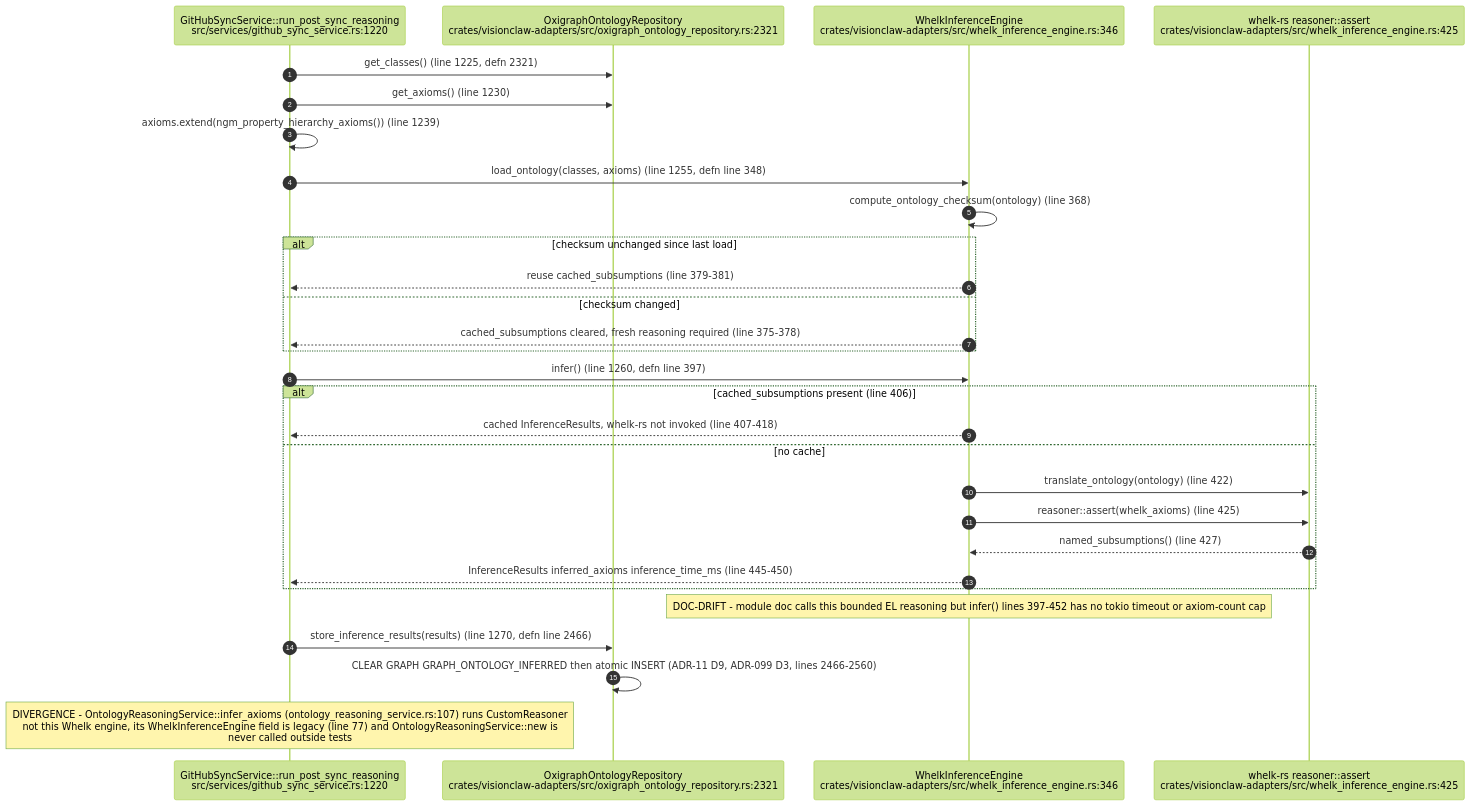
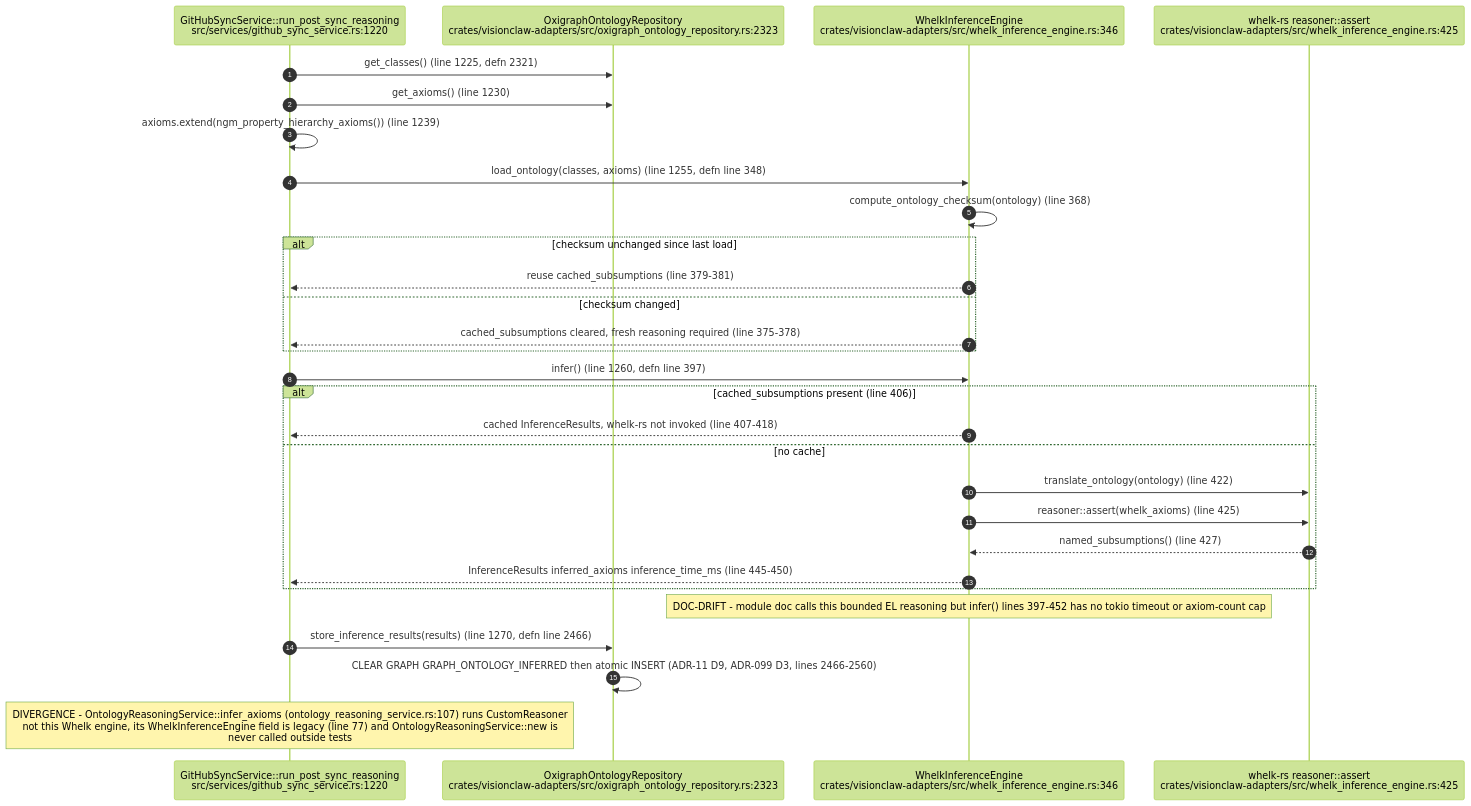
One commit to DreamLab-AI/AR-AI-Knowledge-Graph changed the third of 12 diagrams in docs/diagrams/visionclaw/20-ontology-pipeline-oxigraph-whelk.md. Above: the diagram before and after it, drawn with Mermaid (forest theme). The commit also changed other lines of this file and 73 other files, not shown here.

First line of the commit message:
docs(diagrams): re-verify all 71 topic files against HEAD; add --cite-check

````diff
--- a/docs/diagrams/visionclaw/20-ontology-pipeline-oxigraph-whelk.md
+++ b/docs/diagrams/visionclaw/20-ontology-pipeline-oxigraph-whelk.md
@@ -109,32 +109,32 @@
 ```mermaid
 sequenceDiagram
     autonumber
     participant Sync as GitHubSyncService::run_post_sync_reasoning<br/>src/services/github_sync_service.rs:1220
-    participant Repo as OxigraphOntologyRepository<br/>crates/visionclaw-adapters/src/oxigraph_ontology_repository.rs:2321
+    participant Repo as OxigraphOntologyRepository<br/>crates/visionclaw-adapters/src/oxigraph_ontology_repository.rs:2323
     participant Engine as WhelkInferenceEngine<br/>crates/visionclaw-adapters/src/whelk_inference_engine.rs:346
     participant Whelk as whelk-rs reasoner::assert<br/>crates/visionclaw-adapters/src/whelk_inference_engine.rs:425
 
     Sync->>Repo: get_classes() (line 1225, defn 2321)
     Sync->>Repo: get_axioms() (line 1230)
     Sync->>Sync: axioms.extend(ngm_property_hierarchy_axioms()) (line 1239)
     Sync->>Engine: load_ontology(classes, axioms) (line 1255, defn line 348)
     Engine->>Engine: compute_ontology_checksum(ontology) (line 368)
     alt checksum unchanged since last load
         Engine-->>Sync: reuse cached_subsumptions (line 379-381)
     else checksum changed
         Engine-->>Sync: cached_subsumptions cleared, fresh reasoning required (line 375-378)
     end
     Sync->>Engine: infer() (line 1260, defn line 397)
     alt cached_subsumptions present (line 406)
         Engine-->>Sync: cached InferenceResults, whelk-rs not invoked (line 407-418)
     else no cache
         Engine->>Whelk: translate_ontology(ontology) (line 422)
         Engine->>Whelk: reasoner::assert(whelk_axioms) (line 425)
         Whelk-->>Engine: named_subsumptions() (line 427)
         Engine-->>Sync: InferenceResults inferred_axioms inference_time_ms (line 445-450)
     end
     Note over Engine: DOC-DRIFT - module doc calls this bounded EL reasoning but infer() lines 397-452 has no tokio timeout or axiom-count cap
     Sync->>Repo: store_inference_results(results) (line 1270, defn line 2466)
     Repo->>Repo: CLEAR GRAPH GRAPH_ONTOLOGY_INFERRED then atomic INSERT (ADR-11 D9, ADR-099 D3, lines 2466-2560)
     Note over Sync: DIVERGENCE - OntologyReasoningService::infer_axioms (ontology_reasoning_service.rs:107) runs CustomReasoner<br/>not this Whelk engine, its WhelkInferenceEngine field is legacy (line 77) and OntologyReasoningService::new is<br/>never called outside tests
 ```
````
